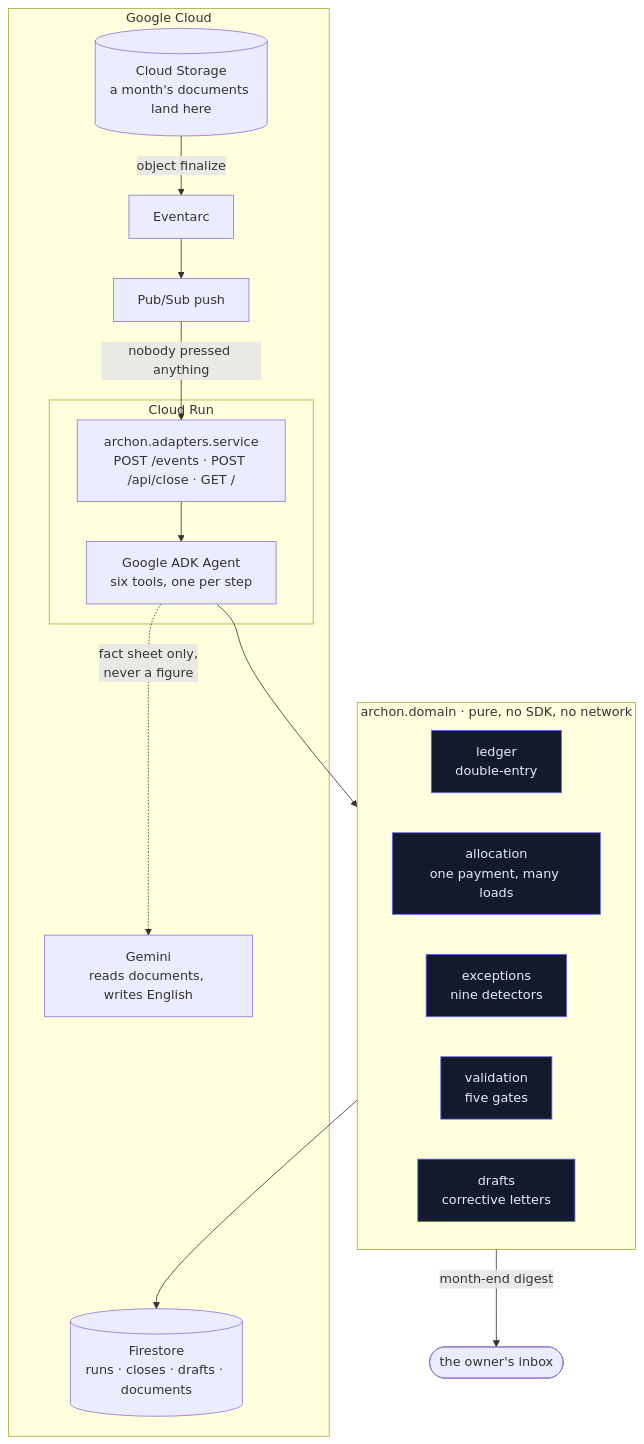
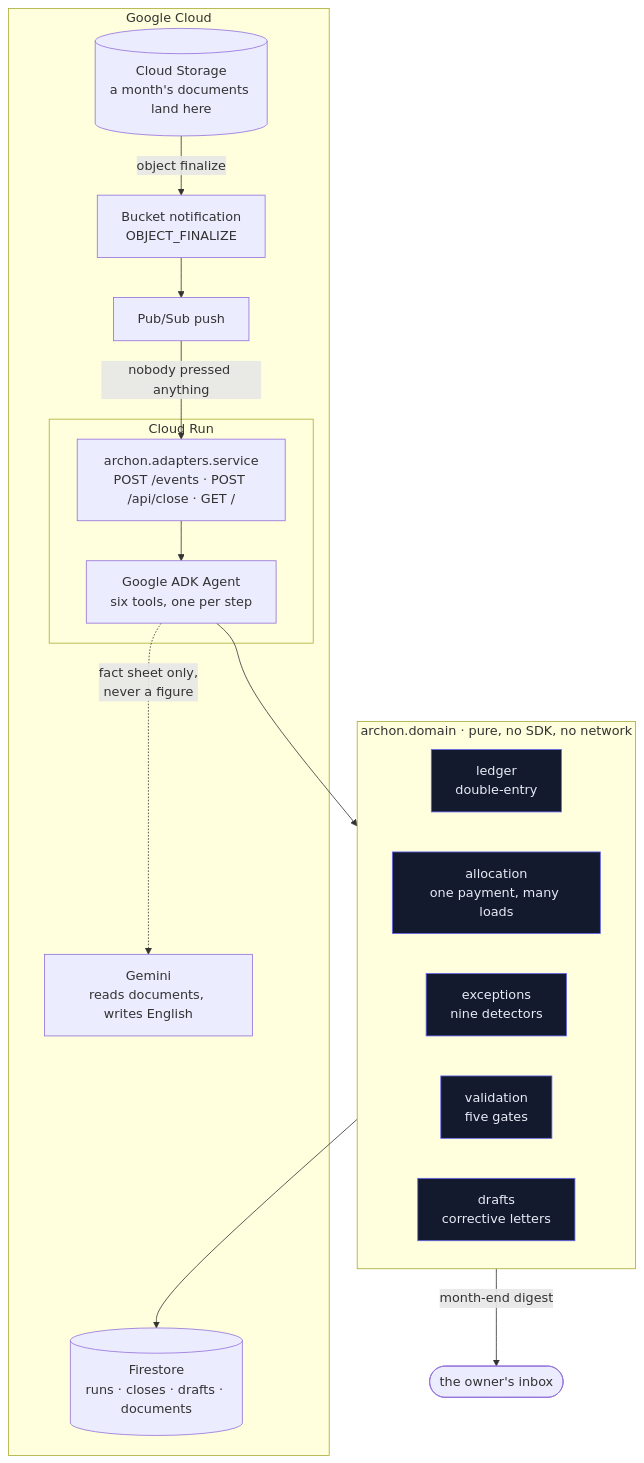
The first of 2 diagrams in README.md (upgradedev/archon-gcp-agentic), drawn with Mermaid before and after one commit. The commit also changed other lines of this file and 9 other files, not shown here.

````diff
--- a/README.md
+++ b/README.md
@@ -284,32 +287,32 @@
 ```mermaid
 flowchart TB
     subgraph gcp["Google Cloud"]
         gcs[("Cloud Storage<br/>a month's documents land here")]
-        ea["Eventarc"]
+        ea["Bucket notification<br/>OBJECT_FINALIZE"]
         ps["Pub/Sub push"]
         subgraph run["Cloud Run"]
             svc["archon.adapters.service<br/>POST /events · POST /api/close · GET /"]
             agent["Google ADK Agent<br/>six tools, one per step"]
         end
         fs[("Firestore<br/>runs · closes · drafts · documents")]
         gem["Gemini<br/>reads documents, writes English"]
     end
     owner(["the owner's inbox"])
 
     gcs -->|object finalize| ea --> ps -->|nobody pressed anything| svc
     svc --> agent
     agent --> core
     subgraph core["archon.domain · pure, no SDK, no network"]
         ledger["ledger<br/>double-entry"]
         alloc["allocation<br/>one payment, many loads"]
         exc["exceptions<br/>nine detectors"]
         val["validation<br/>five gates"]
         draft["drafts<br/>corrective letters"]
     end
     core --> fs
     agent -.->|fact sheet only,<br/>never a figure| gem
     core -->|month-end digest| owner
 
     classDef pure fill:#141a2e,stroke:#6366f1,color:#e8ebf5
     class ledger,alloc,exc,val,draft pure
 ```
````
